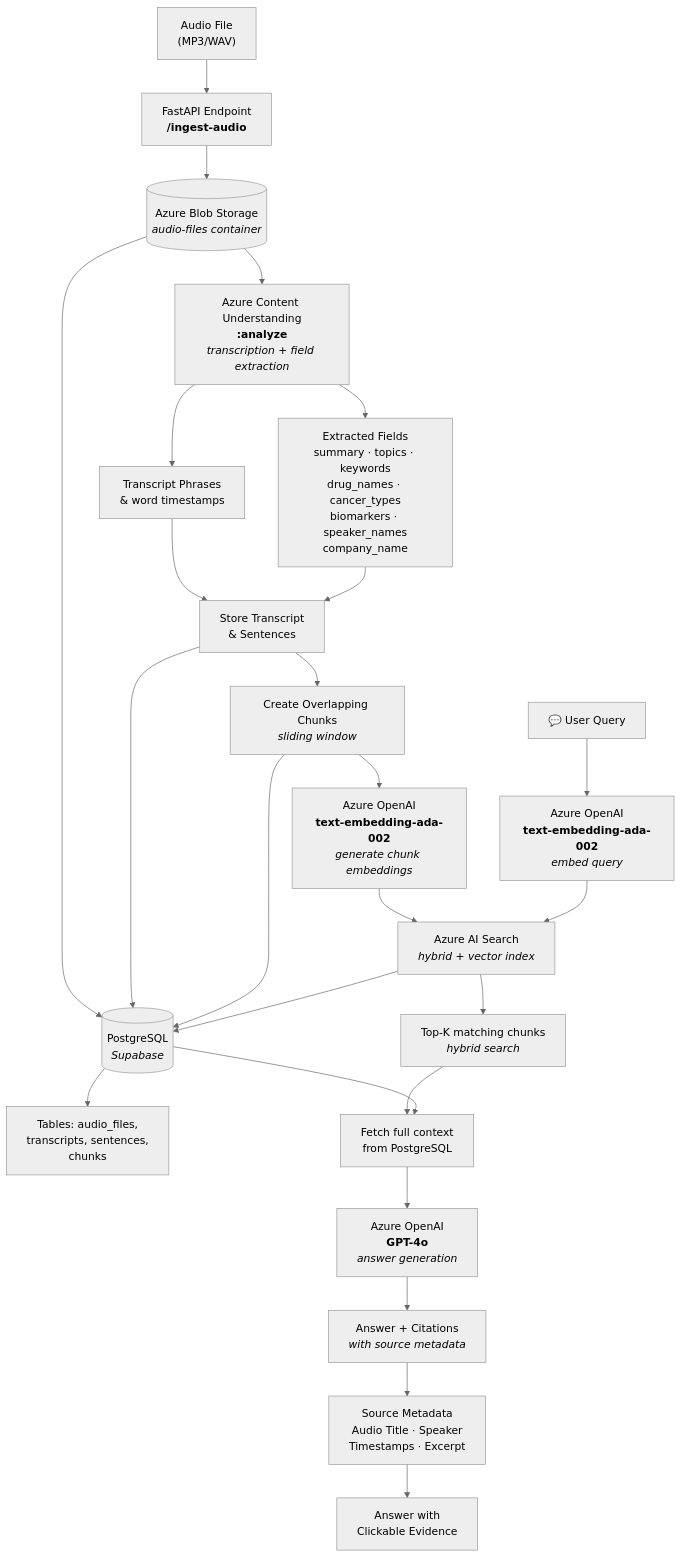
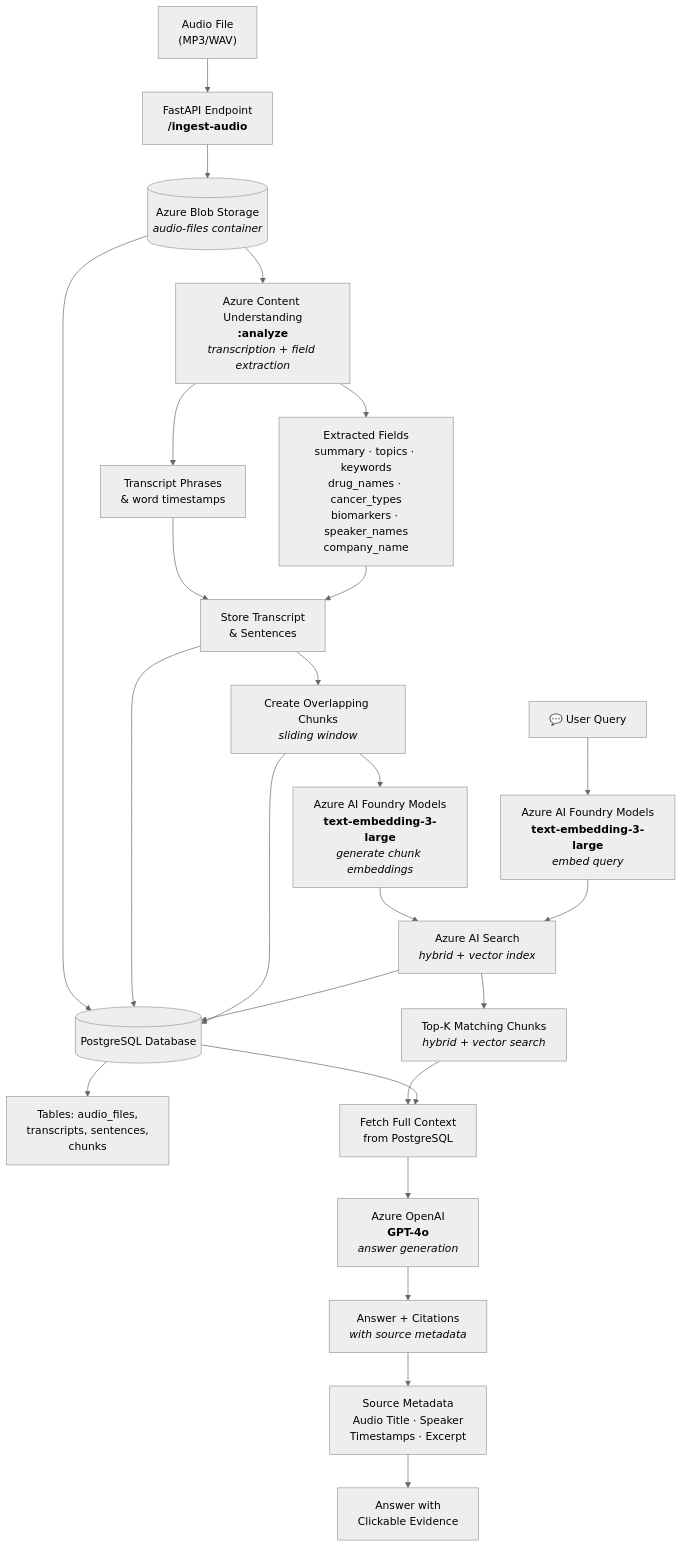
The diagram in audio_azure_architecture.mmd (harshraji3/video-download), drawn with Mermaid (neutral theme) before and after one commit. The commit also changed 2 other files, not shown here.

Commit message:
updated architecture diagram

```diff
--- a/audio_azure_architecture.mmd
+++ b/audio_azure_architecture.mmd
@@ -1,45 +1,45 @@
 flowchart TD
 
   %% ========== INGESTION ==========
   A["Audio File<br/>(MP3/WAV)"] --> B["FastAPI Endpoint<br/><b>/ingest-audio</b>"]
 
   B --> C[("Azure Blob Storage<br/><i>audio-files container</i>")]
   C --> D["Azure Content Understanding<br/><b>:analyze</b><br/><i>transcription + field extraction</i>"]
 
   D --> E1["Transcript Phrases<br/>& word timestamps"]
   D --> E2["Extracted Fields<br/>summary · topics · keywords<br/>drug_names · cancer_types<br/>biomarkers · speaker_names<br/>company_name"]
 
   E1 --> F["Store Transcript<br/>& Sentences"]
   E2 --> F
 
   F --> G["Create Overlapping Chunks<br/><i>sliding window</i>"]
 
-  G --> H["Azure OpenAI<br/><b>text-embedding-ada-002</b><br/><i>generate chunk embeddings</i>"]
+  G --> H["Azure AI Foundry Models<br/><b>text-embedding-3-large</b><br/><i>generate chunk embeddings</i>"]
 
   H --> I["Azure AI Search<br/><i>hybrid + vector index</i>"]
 
-  C --> J[("PostgreSQL<br/><i>Supabase</i>")]
+  C --> J[("PostgreSQL Database")]
   F --> J
   G --> J
   I --> J
 
   J --> K["Tables: audio_files,<br/>transcripts, sentences,<br/>chunks"]
 
   %% ========== RETRIEVAL ==========
-  L["💬 User Query"] --> M["Azure OpenAI<br/><b>text-embedding-ada-002</b><br/><i>embed query</i>"]
+  L["💬 User Query"] --> M["Azure AI Foundry Models<br/><b>text-embedding-3-large</b><br/><i>embed query</i>"]
 
   M --> I
 
-  I --> N["Top-K matching chunks<br/><i>hybrid search</i>"]
+  I --> N["Top-K Matching Chunks<br/><i>hybrid + vector search</i>"]
 
-  N --> O["Fetch full context<br/>from PostgreSQL"]
+  N --> O["Fetch Full Context<br/>from PostgreSQL"]
 
   J --> O
 
   O --> P["Azure OpenAI<br/><b>GPT-4o</b><br/><i>answer generation</i>"]
 
   P --> Q["Answer + Citations<br/><i>with source metadata</i>"]
 
   Q --> R["Source Metadata<br/>Audio Title · Speaker<br/>Timestamps · Excerpt"]
 
   R --> S["Answer with<br/>Clickable Evidence"]
```
